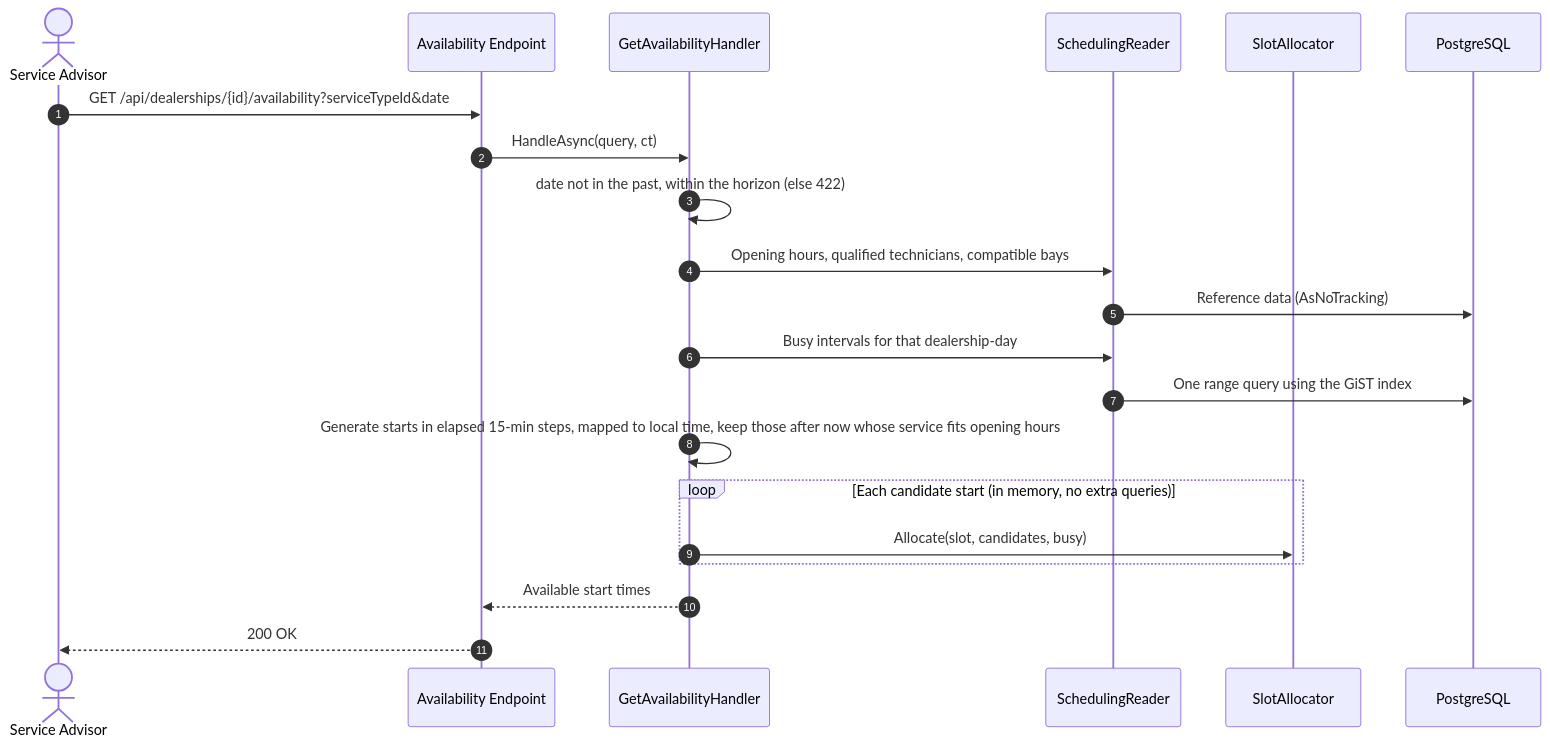
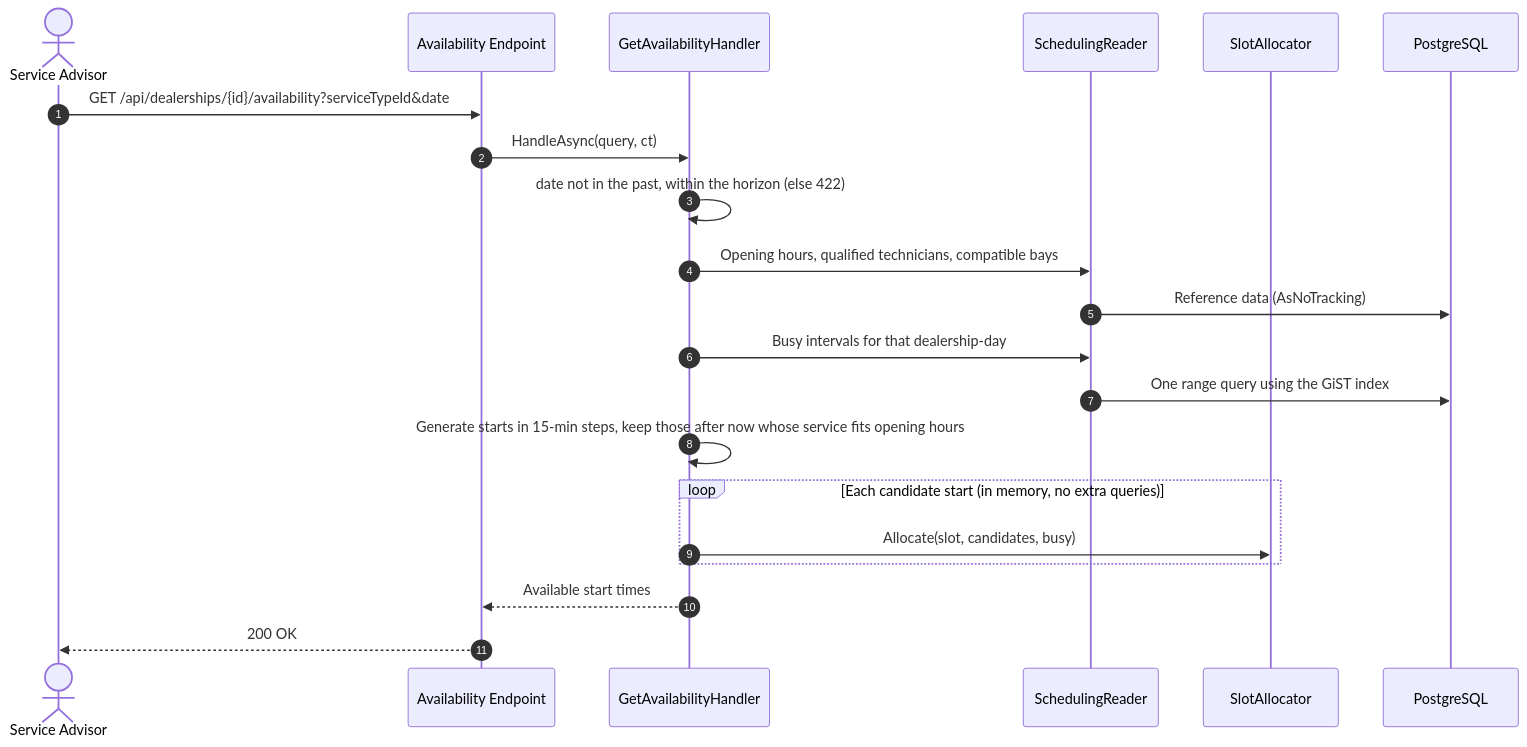
The tenth of 10 diagrams in docs/system-design.md (VietDangiT/unified-service-scheduler), drawn with Mermaid before and after one commit. The commit also changed other lines of this file and 83 other files, not shown here.

````diff
--- a/docs/system-design.md
+++ b/docs/system-design.md
@@ -820,24 +837,24 @@
 ```mermaid
 sequenceDiagram
     autonumber
     actor Advisor as Service Advisor
     participant EP as Availability Endpoint
     participant H as GetAvailabilityHandler
     participant RD as SchedulingReader
     participant AL as SlotAllocator
     participant DB as PostgreSQL
 
     Advisor->>EP: GET /api/dealerships/{id}/availability?serviceTypeId&date
     EP->>H: HandleAsync(query, ct)
     H->>H: date not in the past, within the horizon (else 422)
     H->>RD: Opening hours, qualified technicians, compatible bays
     RD->>DB: Reference data (AsNoTracking)
     H->>RD: Busy intervals for that dealership-day
     RD->>DB: One range query using the GiST index
-    H->>H: Generate starts in elapsed 15-min steps, mapped to local time, keep those after now whose service fits opening hours
+    H->>H: Generate starts in 15-min steps, keep those after now whose service fits opening hours
     loop Each candidate start (in memory, no extra queries)
         H->>AL: Allocate(slot, candidates, busy)
     end
     H-->>EP: Available start times
     EP-->>Advisor: 200 OK
 ```
````
